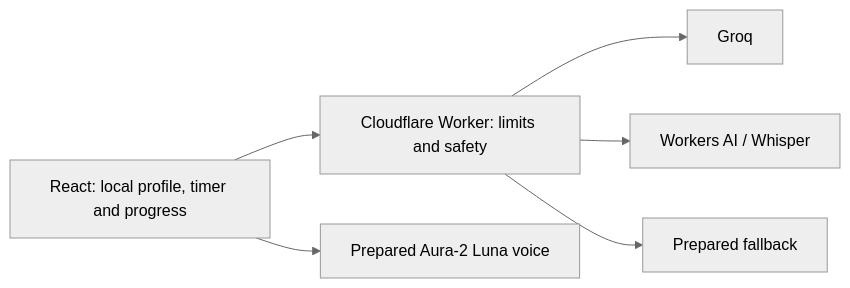
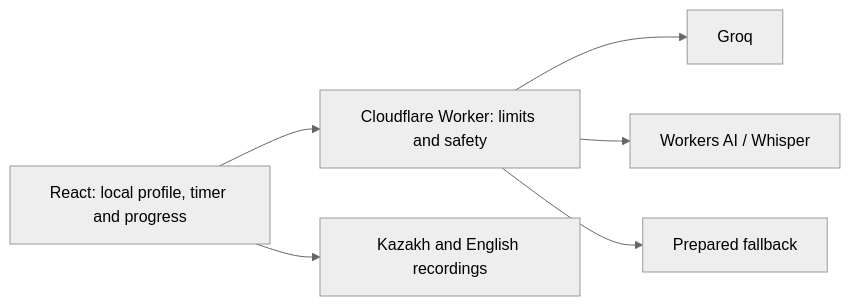
One commit to Tarlan2006/westcoded-business-cup changed the diagram in README.md. Above: the diagram before and after it, drawn with Mermaid (neutral theme). The commit also changed other lines of this file and 3 other files, not shown here.

Commit message:
Document Kazakh and English text, offline screenshots and localization checks

````diff
--- a/README.md
+++ b/README.md
@@ -41,8 +49,8 @@
 ```mermaid
 flowchart LR
   UI[React: local profile, timer and progress] --> API[Cloudflare Worker: limits and safety]
   API --> Groq[Groq]
   API --> Whisper[Workers AI / Whisper]
   API --> FAQ[Prepared fallback]
-  UI --> Clips[Prepared Aura-2 Luna voice]
+  UI --> Clips[Kazakh and English recordings]
 ```
````
